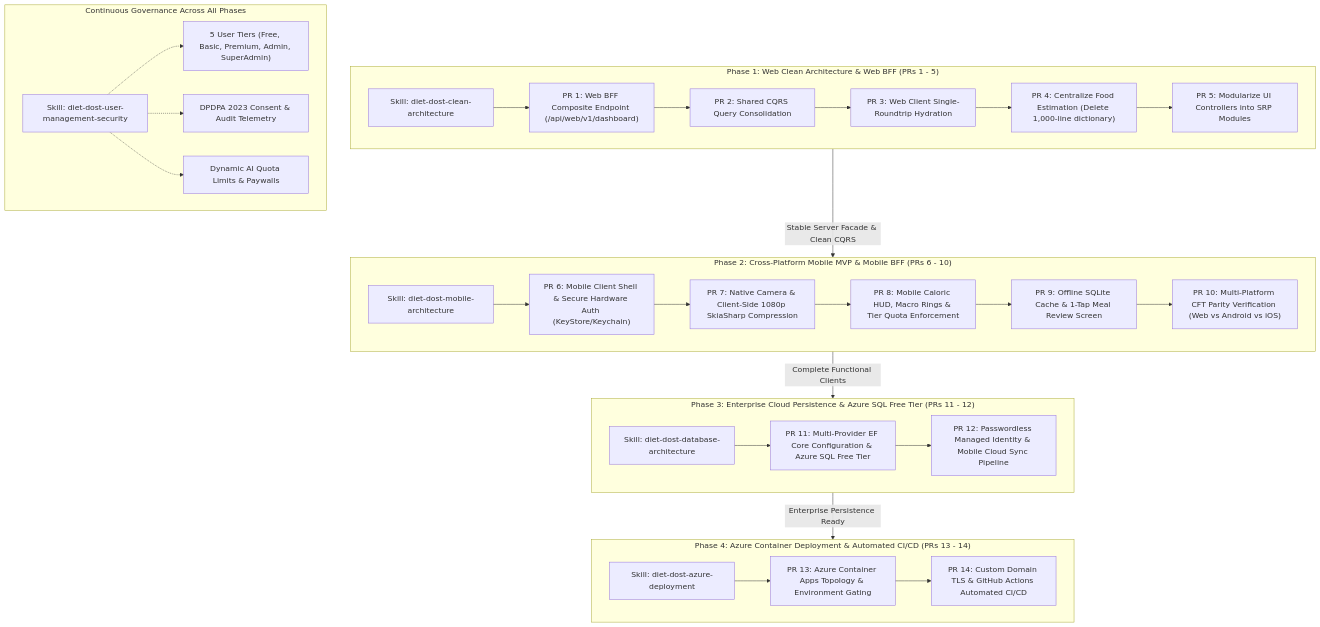
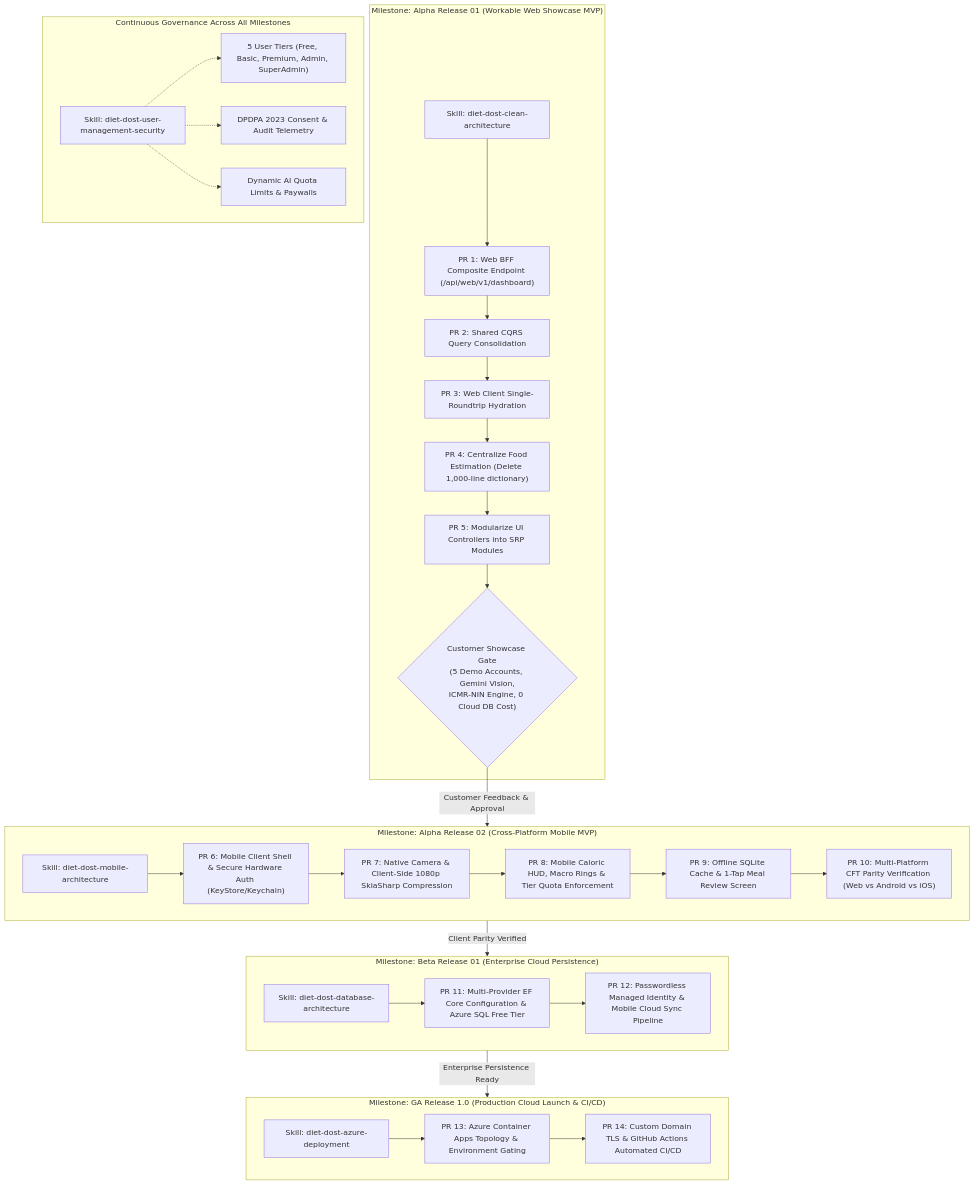
Before and after one commit to nikunjbanker/diet-dost: the diagram in docs/sdd/09_master_implementation_roadmap_and_execution_sequence.md, drawn with Mermaid. The commit also changed other lines of this file and 4 other files, not shown here.

Commit message:
docs(roadmap): reprioritize SDD 09 for Alpha 01 Web Showcase MVP and register ADR-051

````diff
--- a/docs/sdd/09_master_implementation_roadmap_and_execution_sequence.md
+++ b/docs/sdd/09_master_implementation_roadmap_and_execution_sequence.md
@@ -28,55 +33,57 @@
 ```mermaid
 graph TD
-    subgraph PHASE1 ["Phase 1: Web Clean Architecture & Web BFF (PRs 1 - 5)"]
+    subgraph MILESTONE_ALPHA1 ["Milestone: Alpha Release 01 (Workable Web Showcase MVP)"]
         SKILL_CLEAN["Skill: diet-dost-clean-architecture"]
         PR1["PR 1: Web BFF Composite Endpoint (/api/web/v1/dashboard)"]
         PR2["PR 2: Shared CQRS Query Consolidation"]
         PR3["PR 3: Web Client Single-Roundtrip Hydration"]
         PR4["PR 4: Centralize Food Estimation (Delete 1,000-line dictionary)"]
         PR5["PR 5: Modularize UI Controllers into SRP Modules"]
         
         SKILL_CLEAN --> PR1 --> PR2 --> PR3 --> PR4 --> PR5
+        DEMO_GATE{"Customer Showcase Gate\n(5 Demo Accounts, Gemini Vision,\nICMR-NIN Engine, 0 Cloud DB Cost)"}
+        PR5 --> DEMO_GATE
     end
 
-    subgraph PHASE2 ["Phase 2: Cross-Platform Mobile MVP & Mobile BFF (PRs 6 - 10)"]
+    subgraph MILESTONE_ALPHA2 ["Milestone: Alpha Release 02 (Cross-Platform Mobile MVP)"]
         SKILL_MOBILE["Skill: diet-dost-mobile-architecture"]
         PR6["PR 6: Mobile Client Shell & Secure Hardware Auth (KeyStore/Keychain)"]
         PR7["PR 7: Native Camera & Client-Side 1080p SkiaSharp Compression"]
         PR8["PR 8: Mobile Caloric HUD, Macro Rings & Tier Quota Enforcement"]
         PR9["PR 9: Offline SQLite Cache & 1-Tap Meal Review Screen"]
         PR10["PR 10: Multi-Platform CFT Parity Verification (Web vs Android vs iOS)"]
 
         SKILL_MOBILE --> PR6 --> PR7 --> PR8 --> PR9 --> PR10
     end
 
-    subgraph PHASE3 ["Phase 3: Enterprise Cloud Persistence & Azure SQL Free Tier (PRs 11 - 12)"]
+    subgraph MILESTONE_BETA1 ["Milestone: Beta Release 01 (Enterprise Cloud Persistence)"]
         SKILL_DB["Skill: diet-dost-database-architecture"]
         PR11["PR 11: Multi-Provider EF Core Configuration & Azure SQL Free Tier"]
         PR12["PR 12: Passwordless Managed Identity & Mobile Cloud Sync Pipeline"]
 
         SKILL_DB --> PR11 --> PR12
     end
 
-    subgraph PHASE4 ["Phase 4: Azure Container Deployment & Automated CI/CD (PRs 13 - 14)"]
+    subgraph MILESTONE_GA1 ["Milestone: GA Release 1.0 (Production Cloud Launch & CI/CD)"]
         SKILL_DEPLOY["Skill: diet-dost-azure-deployment"]
         PR13["PR 13: Azure Container Apps Topology & Environment Gating"]
         PR14["PR 14: Custom Domain TLS & GitHub Actions Automated CI/CD"]
 
         SKILL_DEPLOY --> PR13 --> PR14
     end
 
-    subgraph GOVERNANCE ["Continuous Governance Across All Phases"]
+    subgraph GOVERNANCE ["Continuous Governance Across All Milestones"]
         SKILL_SEC["Skill: diet-dost-user-management-security"]
         GOV1["5 User Tiers (Free, Basic, Premium, Admin, SuperAdmin)"]
         GOV2["DPDPA 2023 Consent & Audit Telemetry"]
         GOV3["Dynamic AI Quota Limits & Paywalls"]
         
         SKILL_SEC -.-> GOV1
         SKILL_SEC -.-> GOV2
         SKILL_SEC -.-> GOV3
     end
 
-    PHASE1 -->|"Stable Server Facade & Clean CQRS"| PHASE2
-    PHASE2 -->|"Complete Functional Clients"| PHASE3
-    PHASE3 -->|"Enterprise Persistence Ready"| PHASE4
+    DEMO_GATE -->|"Customer Feedback & Approval"| MILESTONE_ALPHA2
+    MILESTONE_ALPHA2 -->|"Client Parity Verified"| MILESTONE_BETA1
+    MILESTONE_BETA1 -->|"Enterprise Persistence Ready"| MILESTONE_GA1
 ```
````
